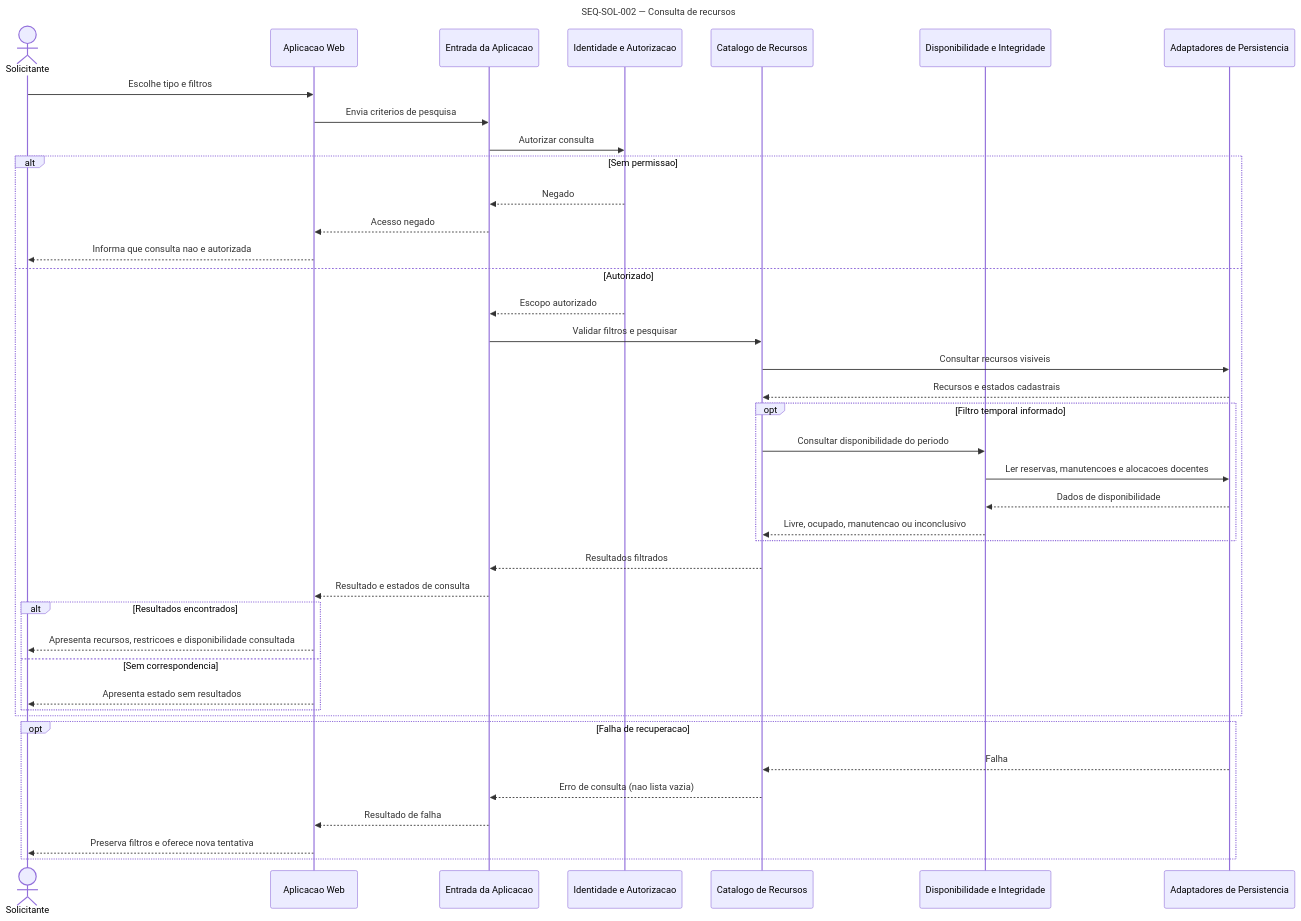
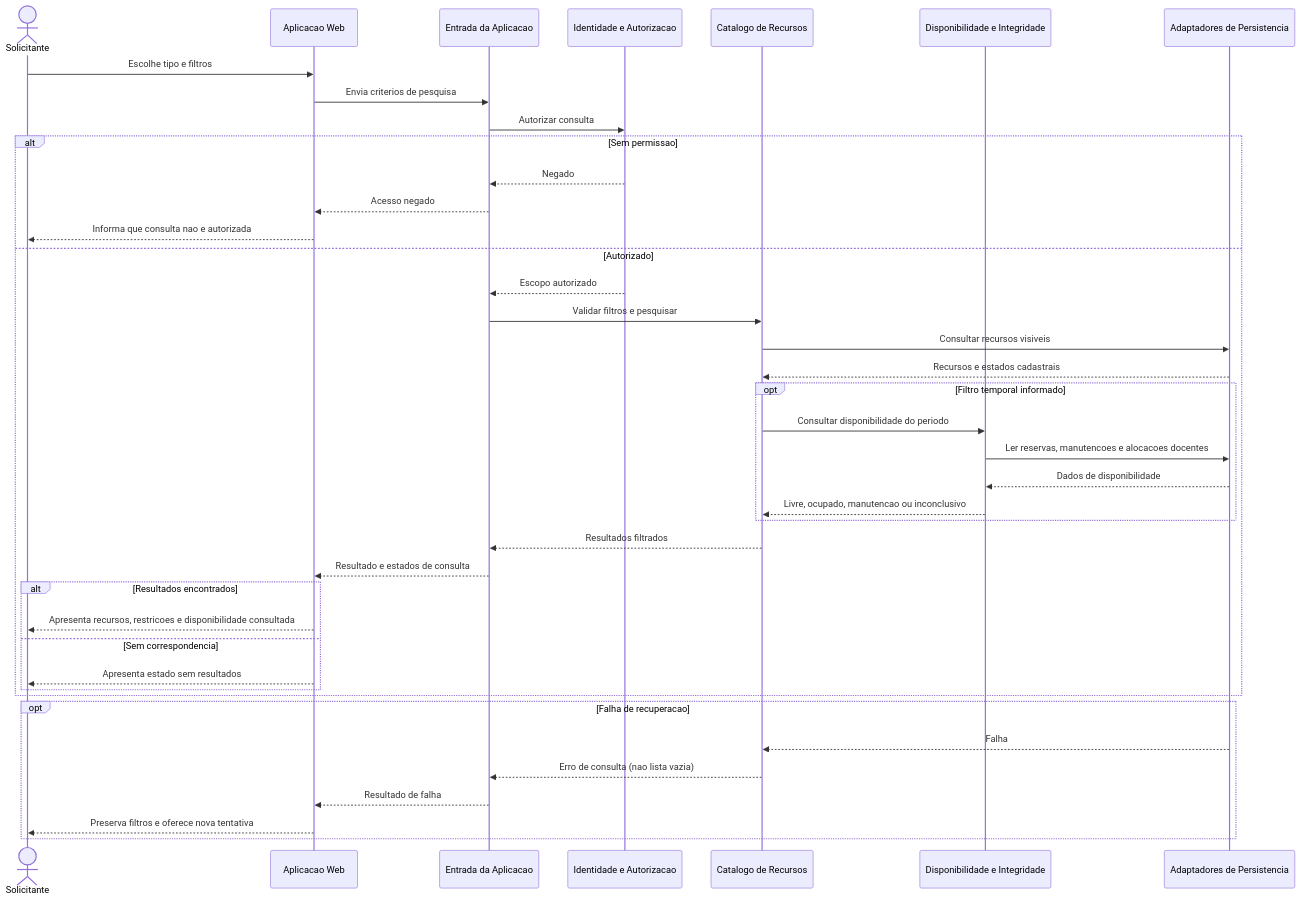
Before and after one commit to joaopaulofserafim/projeto_final_QAS: the second of 7 diagrams in PRD/arquitetura/uml/sequencia/SOLICITANTE.md, drawn with Mermaid. The commit also changed other lines of this file and 26 other files, not shown here.

````diff
--- a/PRD/arquitetura/uml/sequencia/SOLICITANTE.md
+++ b/PRD/arquitetura/uml/sequencia/SOLICITANTE.md
@@ -51,44 +51,44 @@
 ```mermaid
 sequenceDiagram
-    title SEQ-SOL-002 — Consulta de recursos
+    %% SEQ-SOL-002 — Consulta de recursos
     actor Sol as Solicitante
     participant Web as Aplicacao Web
     participant Entrada as Entrada da Aplicacao
     participant Auth as Identidade e Autorizacao
     participant Catalogo as Catalogo de Recursos
     participant Disp as Disponibilidade e Integridade
     participant Persistencia as Adaptadores de Persistencia
 
     Sol->>Web: Escolhe tipo e filtros
     Web->>Entrada: Envia criterios de pesquisa
     Entrada->>Auth: Autorizar consulta
     alt Sem permissao
         Auth-->>Entrada: Negado
         Entrada-->>Web: Acesso negado
         Web-->>Sol: Informa que consulta nao e autorizada
     else Autorizado
         Auth-->>Entrada: Escopo autorizado
         Entrada->>Catalogo: Validar filtros e pesquisar
         Catalogo->>Persistencia: Consultar recursos visiveis
         Persistencia-->>Catalogo: Recursos e estados cadastrais
         opt Filtro temporal informado
             Catalogo->>Disp: Consultar disponibilidade do periodo
             Disp->>Persistencia: Ler reservas, manutencoes e alocacoes docentes
             Persistencia-->>Disp: Dados de disponibilidade
             Disp-->>Catalogo: Livre, ocupado, manutencao ou inconclusivo
         end
         Catalogo-->>Entrada: Resultados filtrados
         Entrada-->>Web: Resultado e estados de consulta
         alt Resultados encontrados
             Web-->>Sol: Apresenta recursos, restricoes e disponibilidade consultada
         else Sem correspondencia
             Web-->>Sol: Apresenta estado sem resultados
         end
     end
     opt Falha de recuperacao
         Persistencia-->>Catalogo: Falha
         Catalogo-->>Entrada: Erro de consulta (nao lista vazia)
         Entrada-->>Web: Resultado de falha
         Web-->>Sol: Preserva filtros e oferece nova tentativa
     end
 ```
````
